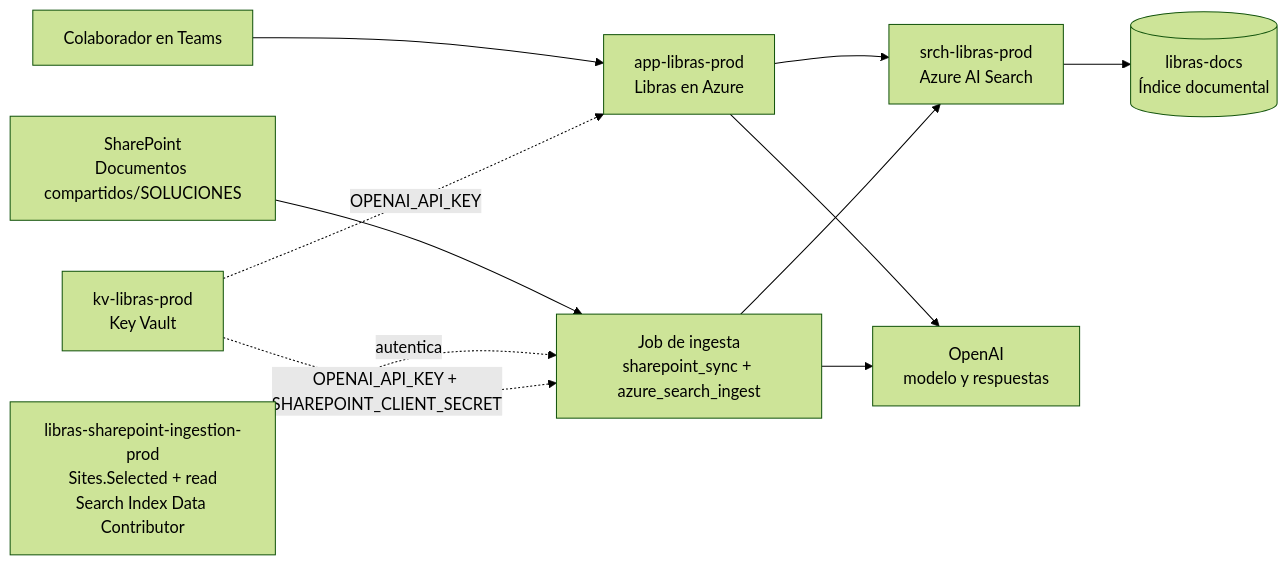
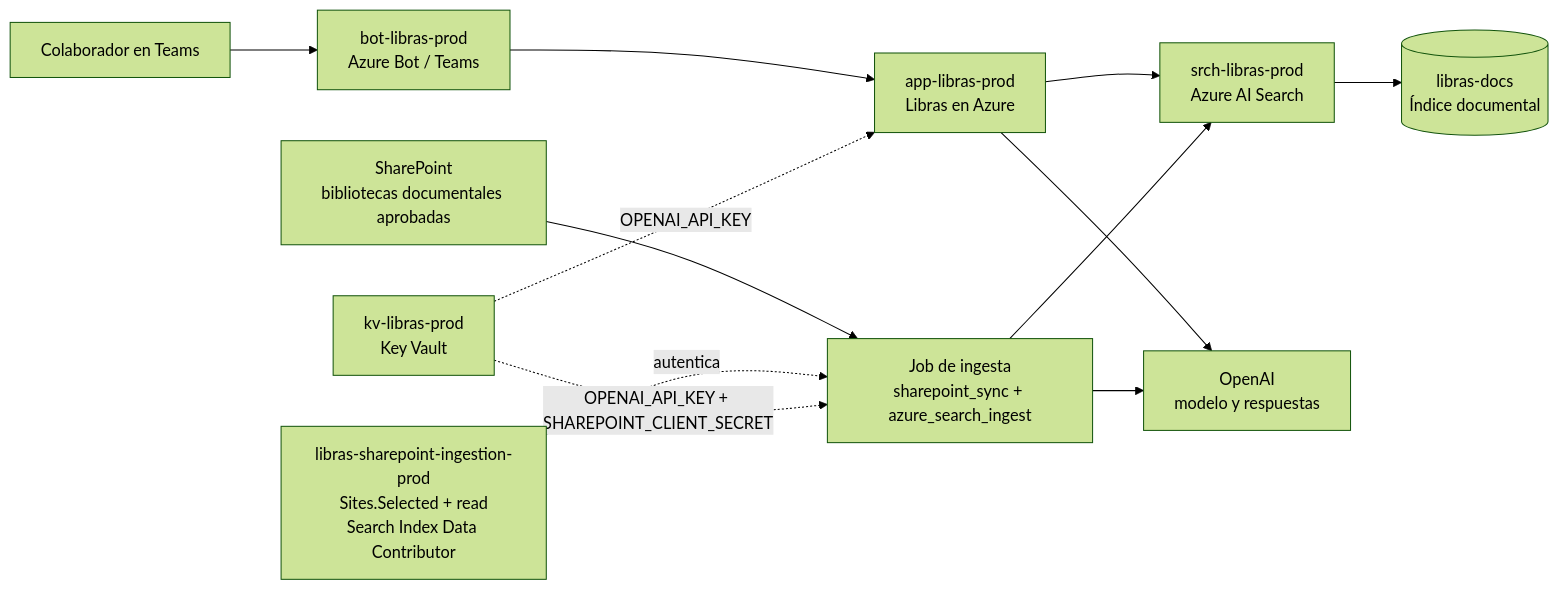
Before and after one commit to alejandrogaseinfo/aseinfo_bot: the diagram in docs/arquitectura-produccion.md, drawn with Mermaid (forest theme). The commit also changed 12 other files, not shown here.

Commit message:
feat: ampliar búsqueda SharePoint y asegurar consultas por archivo

````diff
--- a/docs/arquitectura-produccion.md
+++ b/docs/arquitectura-produccion.md
@@ -7,15 +7,16 @@
 ```mermaid
 flowchart LR
-    teams["Colaborador en Teams"] --> app["app-libras-prod<br/>Libras en Azure"]
+    teams["Colaborador en Teams"] --> bot["bot-libras-prod<br/>Azure Bot / Teams"]
+    bot --> app["app-libras-prod<br/>Libras en Azure"]
     app --> search["srch-libras-prod<br/>Azure AI Search"]
     search --> index[("libras-docs<br/>Índice documental")]
     app --> openai["OpenAI<br/>modelo y respuestas"]
 
-    sharepoint["SharePoint<br/>Documentos compartidos/SOLUCIONES"] --> ingest["Job de ingesta<br/>sharepoint_sync + azure_search_ingest"]
+    sharepoint["SharePoint<br/>bibliotecas documentales aprobadas"] --> ingest["Job de ingesta<br/>sharepoint_sync + azure_search_ingest"]
     identity["libras-sharepoint-ingestion-prod<br/>Sites.Selected + read<br/>Search Index Data Contributor"] -. "autentica" .-> ingest
     ingest --> openai
     ingest --> search
 
     vault["kv-libras-prod<br/>Key Vault"] -. "OPENAI_API_KEY" .-> app
     vault -. "OPENAI_API_KEY + SHAREPOINT_CLIENT_SECRET" .-> ingest
 ```
````
